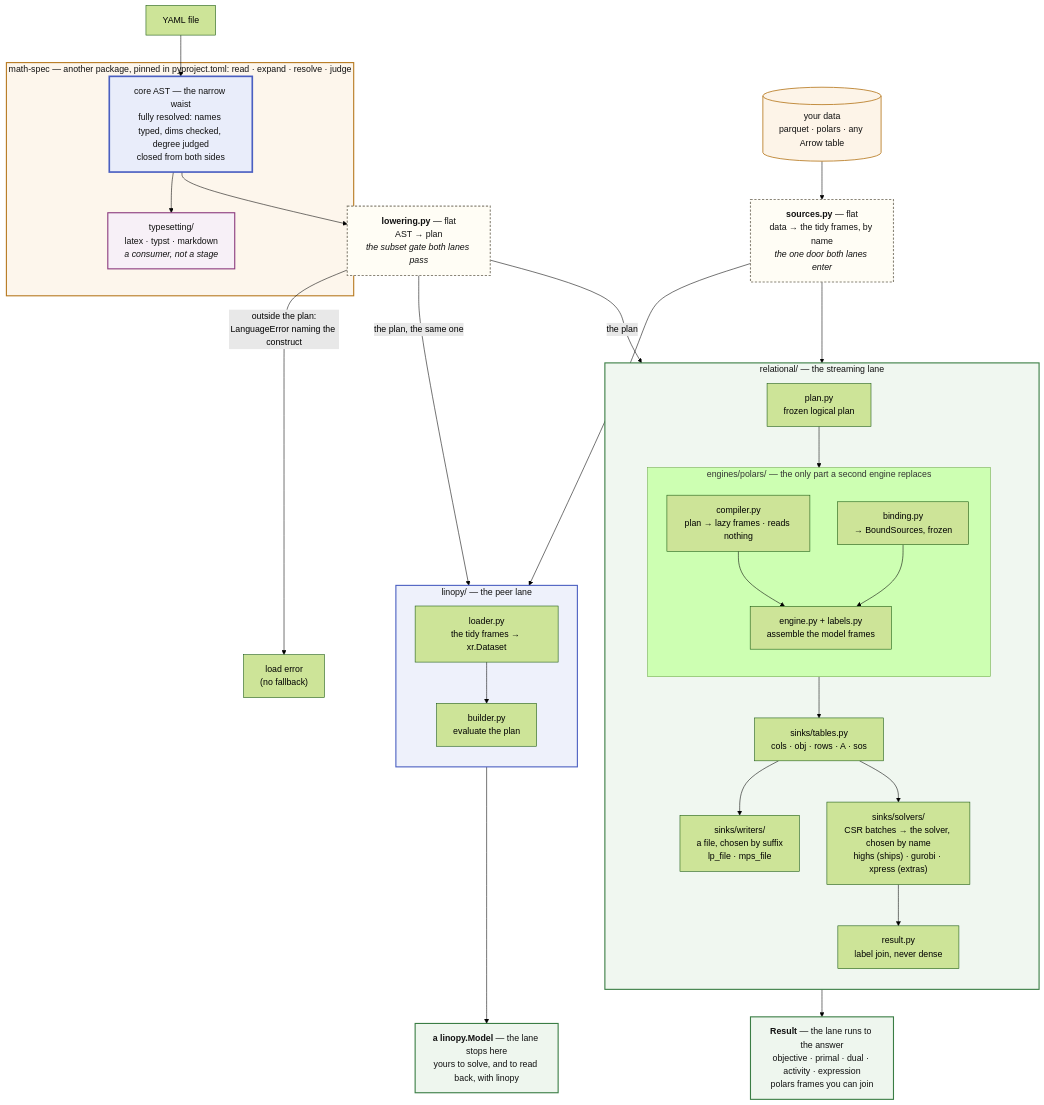
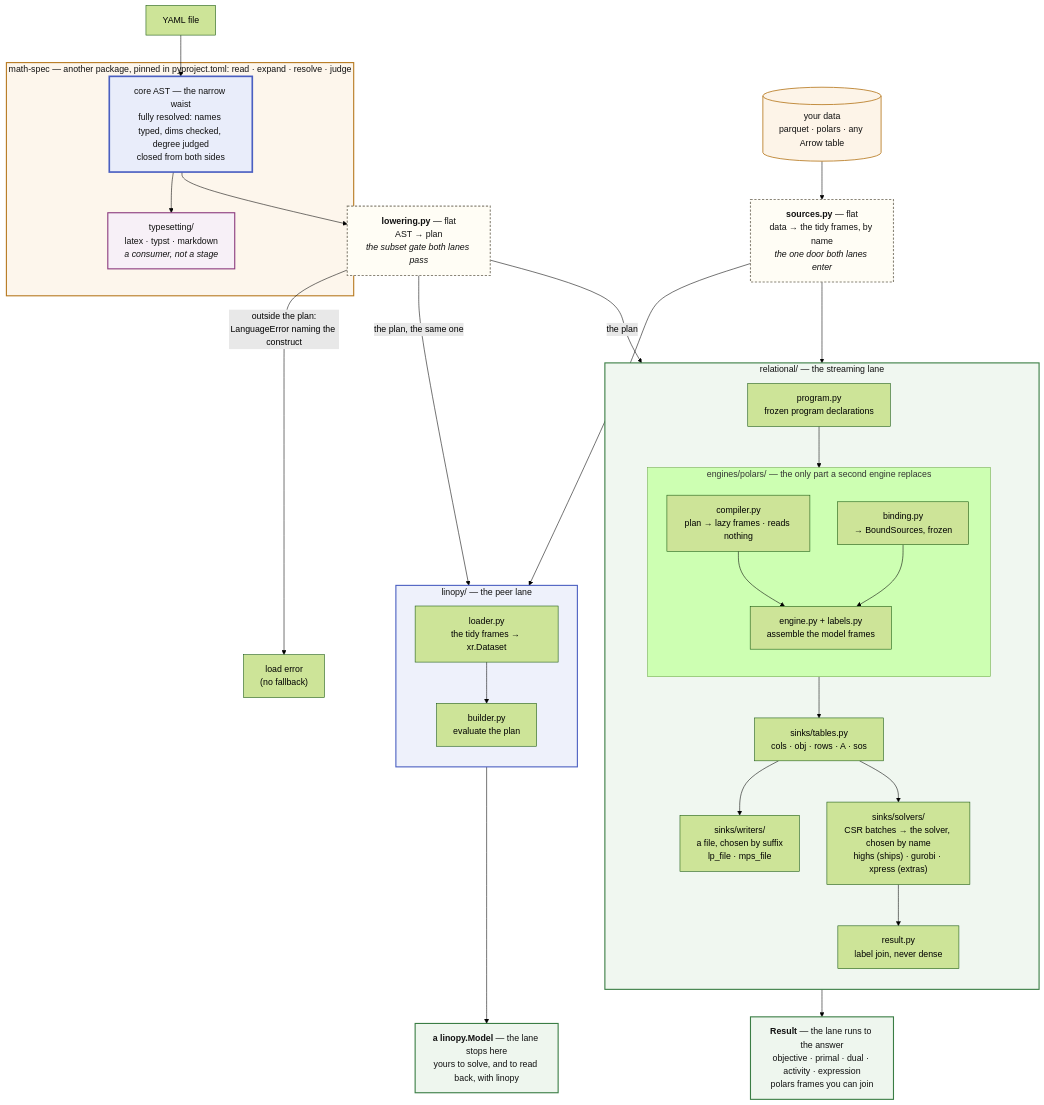
Before and after one commit to FBumann/linopy-yaml: the first of 2 diagrams in docs/about/architecture.md, drawn with Mermaid (forest theme). The commit also changed other lines of this file and 35 other files, not shown here.

````diff
--- a/docs/about/architecture.md
+++ b/docs/about/architecture.md
@@ -73,63 +73,63 @@
 ```mermaid
 flowchart TB
     Y[YAML file] --> AST
     DATA[("your data<br/>parquet · polars · any Arrow table")] --> SRC
 
     subgraph MS["math-spec — another package, pinned in pyproject.toml: read · expand · resolve · judge"]
         AST["core AST — the narrow waist<br/>fully resolved: names typed, dims checked, degree judged<br/>closed from both sides"]
         AST --> TS["typesetting/<br/>latex · typst · markdown<br/><i>a consumer, not a stage</i>"]
     end
 
     AST --> LOWER
     %% layout only: puts the two seams on one rank
     AST ~~~ SRC
 
     LOWER["<b>lowering.py</b> — flat<br/>AST → plan<br/><i>the subset gate both lanes pass</i>"]
     SRC["<b>sources.py</b> — flat<br/>data → the tidy frames, by name<br/><i>the one door both lanes enter</i>"]
 
     LOWER -->|"outside the plan:<br/>LanguageError naming the construct"| ERR["load error<br/>(no fallback)"]
     LOWER -->|"the plan"| PLAN
     SRC --> BIND
     LOWER -->|"the plan, the same one"| BUILD
     SRC --> LOAD
 
     subgraph REL["relational/ — the streaming lane"]
         direction TB
-        PLAN["plan.py<br/>frozen logical plan"] --> ENG
+        PLAN["program.py<br/>frozen program declarations"] --> ENG
         subgraph ENG["engines/polars/ — the only part a second engine replaces"]
             direction TB
             COMP["compiler.py<br/>plan → lazy frames · reads nothing"] --> ENGINE
             BIND["binding.py<br/>→ BoundSources, frozen"] --> ENGINE["engine.py + labels.py<br/>assemble the model frames"]
         end
         ENG --> TABLES["sinks/tables.py<br/>cols · obj · rows · A · sos"]
         TABLES --> LPS["sinks/writers/<br/>a file, chosen by suffix<br/>lp_file · mps_file"]
         TABLES --> DIRECT["sinks/solvers/<br/>CSR batches → the solver, chosen by name<br/>highs (ships) · gurobi · xpress (extras)"]
         DIRECT --> SOL["result.py<br/>label join, never dense"]
     end
 
     SOL --> ANS["<b>Result</b> — the lane runs to the answer<br/>objective · primal · dual · activity · expression<br/>polars frames you can join"]
 
     subgraph LIN["linopy/ — the peer lane"]
         direction TB
         LOAD["loader.py<br/>the tidy frames → xr.Dataset"] --> BUILD["builder.py<br/>evaluate the plan"]
     end
 
     BUILD --> MODEL["<b>a linopy.Model</b> — the lane stops here<br/>yours to solve, and to read back, with linopy"]
 
     classDef laneL fill:#fdf6ec,stroke:#b7791f,stroke-width:2px,color:#111
     classDef laneR fill:#f0f7f0,stroke:#3a7d44,stroke-width:2px,color:#111
     classDef laneE fill:#eef1fb,stroke:#4a5fc1,stroke-width:2px,color:#111
     classDef laneT fill:#f7f0f7,stroke:#8b3a7d,stroke-width:2px,color:#111
     classDef waist fill:#e9edfa,stroke:#4a5fc1,stroke-width:3px,color:#111
     classDef flat fill:#fffdf5,stroke:#8a8578,stroke-width:2px,stroke-dasharray:4 3,color:#111
     classDef data fill:#fdf4e8,stroke:#b7791f,stroke-width:1.5px,color:#111
     classDef out fill:#eef6ee,stroke:#3a7d44,stroke-width:2px,color:#111
     class MS laneL
     class REL laneR
     class LIN laneE
     class TS laneT
     class AST waist
     class LOWER,SRC flat
     class DATA data
     class ANS,MODEL out
 ```
````
